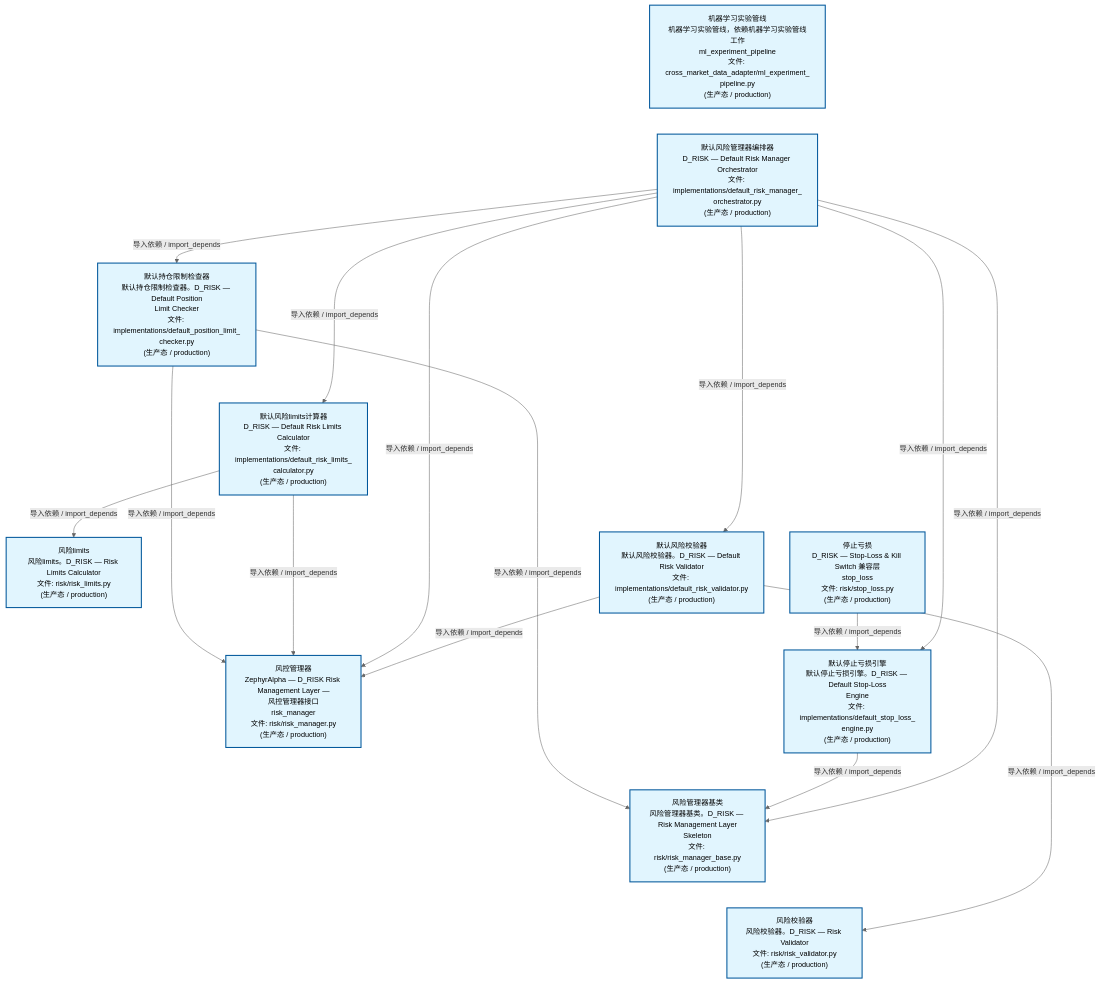
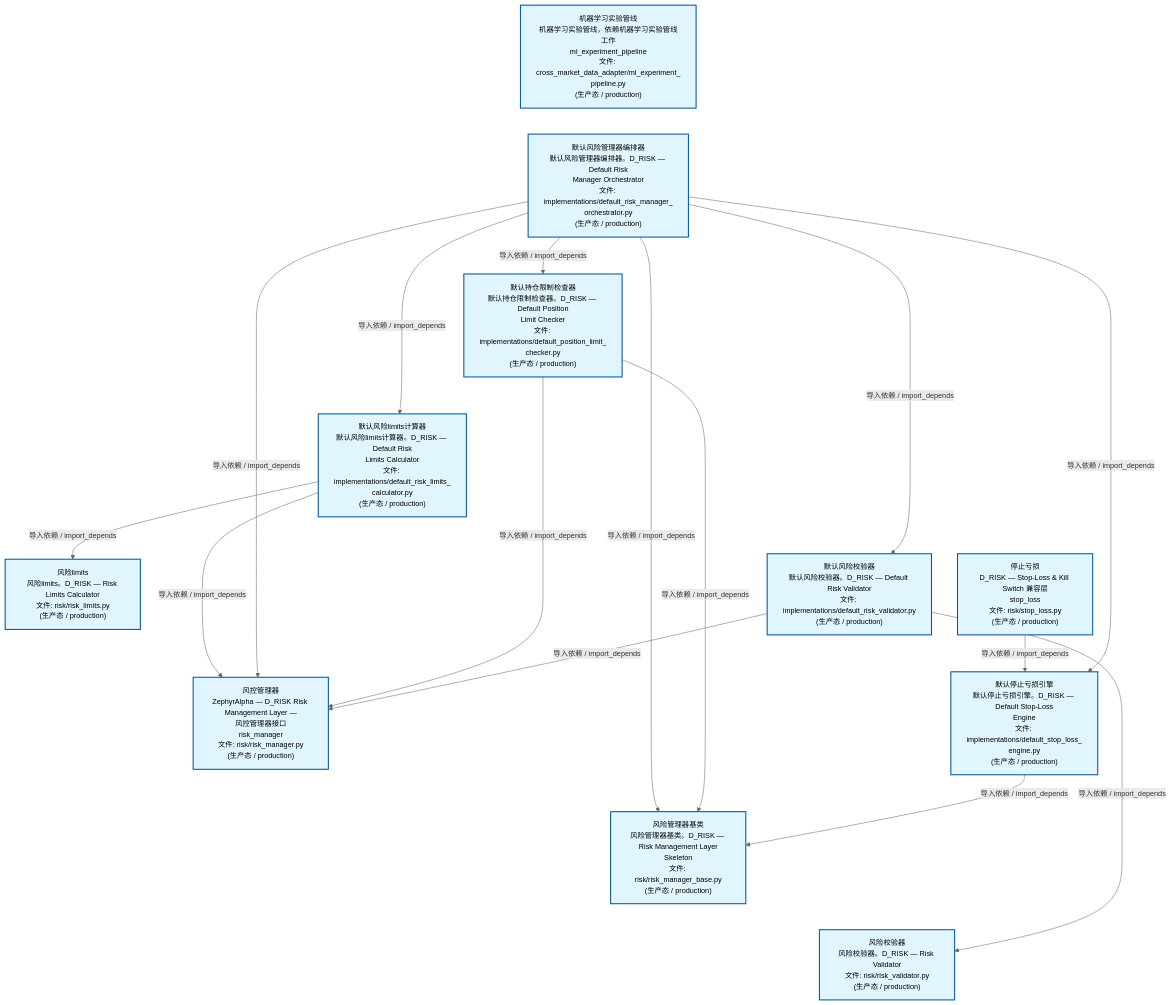
Before and after one commit to xuanFelixVan/ZephyrAlpha: the second of 4 diagrams in docs/02_enterprise_architecture/02_domain_architecture_docs/65_d_risk.md, drawn with Mermaid. The commit also changed other lines of this file and 58 other files, not shown here.

````diff
--- a/docs/02_enterprise_architecture/02_domain_architecture_docs/65_d_risk.md
+++ b/docs/02_enterprise_architecture/02_domain_architecture_docs/65_d_risk.md
@@ -136,42 +136,42 @@
 ```mermaid
 %%{init: {'theme': 'base', 'themeVariables': {'primaryColor': '#eaeaea', 'primaryTextColor': '#333333', 'primaryBorderColor': '#666666', 'lineColor': '#666666', 'secondaryColor': '#eaeaea', 'tertiaryColor': '#eaeaea', 'fontSize': '14px'}}}%%
 flowchart TD
     src_zephyr_risk_cross_asset_cross_market_data_adapter_ml_experiment_pipeline_py["机器学习实验管线<br/>机器学习实验管线，依赖机器学习实验管线工作<br/>ml_experiment_pipeline<br/>文件: cross_market_data_adapter/ml_experiment_<br/>pipeline.py<br/>(生产态 / production)"]
-    src_zephyr_risk_implementations_default_risk_manager_orchestrator_py["默认风险管理器编排器<br/>D_RISK — Default Risk Manager Orchestrator<br/>文件: implementations/default_risk_manager_<br/>orchestrator.py<br/>(生产态 / production)"]
+    src_zephyr_risk_implementations_default_risk_manager_orchestrator_py["默认风险管理器编排器<br/>默认风险管理器编排器。D_RISK — Default Risk<br/>Manager Orchestrator<br/>文件: implementations/default_risk_manager_<br/>orchestrator.py<br/>(生产态 / production)"]
     src_zephyr_risk_stop_loss_py["停止亏损<br/>D_RISK — Stop-Loss & Kill Switch 兼容层<br/>stop_loss<br/>文件: risk/stop_loss.py<br/>(生产态 / production)"]
     src_zephyr_risk_cross_asset_cross_market_data_adapter_ml_experiment_pipeline_py ~~~ src_zephyr_risk_implementations_default_risk_manager_orchestrator_py
     src_zephyr_risk_implementations_default_risk_manager_orchestrator_py ~~~ src_zephyr_risk_stop_loss_py
     src_zephyr_risk_implementations_default_position_limit_checker_py["默认持仓限制检查器<br/>默认持仓限制检查器。D_RISK — Default Position<br/>Limit Checker<br/>文件: implementations/default_position_limit_<br/>checker.py<br/>(生产态 / production)"]
-    src_zephyr_risk_implementations_default_risk_limits_calculator_py["默认风险limits计算器<br/>D_RISK — Default Risk Limits Calculator<br/>文件: implementations/default_risk_limits_<br/>calculator.py<br/>(生产态 / production)"]
+    src_zephyr_risk_implementations_default_risk_limits_calculator_py["默认风险limits计算器<br/>默认风险limits计算器。D_RISK — Default Risk<br/>Limits Calculator<br/>文件: implementations/default_risk_limits_<br/>calculator.py<br/>(生产态 / production)"]
     src_zephyr_risk_implementations_default_risk_validator_py["默认风险校验器<br/>默认风险校验器。D_RISK — Default Risk Validator<br/>文件: implementations/default_risk_validator.py<br/>(生产态 / production)"]
     src_zephyr_risk_implementations_default_stop_loss_engine_py["默认停止亏损引擎<br/>默认停止亏损引擎。D_RISK — Default Stop-Loss<br/>Engine<br/>文件: implementations/default_stop_loss_<br/>engine.py<br/>(生产态 / production)"]
     src_zephyr_risk_implementations_default_position_limit_checker_py ~~~ src_zephyr_risk_implementations_default_risk_limits_calculator_py
     src_zephyr_risk_implementations_default_risk_limits_calculator_py ~~~ src_zephyr_risk_implementations_default_risk_validator_py
     src_zephyr_risk_implementations_default_risk_validator_py ~~~ src_zephyr_risk_implementations_default_stop_loss_engine_py
     src_zephyr_risk_risk_limits_py["风险limits<br/>风险limits。D_RISK — Risk Limits Calculator<br/>文件: risk/risk_limits.py<br/>(生产态 / production)"]
     src_zephyr_risk_risk_manager_py["风控管理器<br/>ZephyrAlpha — D_RISK Risk Management Layer —<br/>风控管理器接口<br/>risk_manager<br/>文件: risk/risk_manager.py<br/>(生产态 / production)"]
     src_zephyr_risk_risk_manager_base_py["风险管理器基类<br/>风险管理器基类。D_RISK — Risk Management Layer<br/>Skeleton<br/>文件: risk/risk_manager_base.py<br/>(生产态 / production)"]
     src_zephyr_risk_risk_validator_py["风险校验器<br/>风险校验器。D_RISK — Risk Validator<br/>文件: risk/risk_validator.py<br/>(生产态 / production)"]
     src_zephyr_risk_risk_limits_py ~~~ src_zephyr_risk_risk_manager_py
     src_zephyr_risk_risk_manager_py ~~~ src_zephyr_risk_risk_manager_base_py
     src_zephyr_risk_risk_manager_base_py ~~~ src_zephyr_risk_risk_validator_py
-    src_zephyr_risk_stop_loss_py -->|导入依赖 / import_depends| src_zephyr_risk_implementations_default_stop_loss_engine_py
-    src_zephyr_risk_implementations_default_position_limit_checker_py -->|导入依赖 / import_depends| src_zephyr_risk_risk_manager_py
-    src_zephyr_risk_implementations_default_position_limit_checker_py -->|导入依赖 / import_depends| src_zephyr_risk_risk_manager_base_py
     src_zephyr_risk_implementations_default_risk_limits_calculator_py -->|导入依赖 / import_depends| src_zephyr_risk_risk_manager_py
     src_zephyr_risk_implementations_default_risk_limits_calculator_py -->|导入依赖 / import_depends| src_zephyr_risk_risk_limits_py
-    src_zephyr_risk_implementations_default_stop_loss_engine_py -->|导入依赖 / import_depends| src_zephyr_risk_risk_manager_base_py
+    src_zephyr_risk_stop_loss_py -->|导入依赖 / import_depends| src_zephyr_risk_implementations_default_stop_loss_engine_py
+    src_zephyr_risk_implementations_default_risk_manager_orchestrator_py -->|导入依赖 / import_depends| src_zephyr_risk_risk_manager_base_py
     src_zephyr_risk_implementations_default_risk_manager_orchestrator_py -->|导入依赖 / import_depends| src_zephyr_risk_risk_manager_py
-    src_zephyr_risk_implementations_default_risk_manager_orchestrator_py -->|导入依赖 / import_depends| src_zephyr_risk_risk_manager_base_py
+    src_zephyr_risk_implementations_default_risk_manager_orchestrator_py -->|导入依赖 / import_depends| src_zephyr_risk_implementations_default_risk_limits_calculator_py
     src_zephyr_risk_implementations_default_risk_manager_orchestrator_py -->|导入依赖 / import_depends| src_zephyr_risk_implementations_default_position_limit_checker_py
-    src_zephyr_risk_implementations_default_risk_manager_orchestrator_py -->|导入依赖 / import_depends| src_zephyr_risk_implementations_default_risk_limits_calculator_py
     src_zephyr_risk_implementations_default_risk_manager_orchestrator_py -->|导入依赖 / import_depends| src_zephyr_risk_implementations_default_stop_loss_engine_py
     src_zephyr_risk_implementations_default_risk_manager_orchestrator_py -->|导入依赖 / import_depends| src_zephyr_risk_implementations_default_risk_validator_py
+    src_zephyr_risk_implementations_default_position_limit_checker_py -->|导入依赖 / import_depends| src_zephyr_risk_risk_manager_base_py
+    src_zephyr_risk_implementations_default_position_limit_checker_py -->|导入依赖 / import_depends| src_zephyr_risk_risk_manager_py
+    src_zephyr_risk_implementations_default_stop_loss_engine_py -->|导入依赖 / import_depends| src_zephyr_risk_risk_manager_base_py
     src_zephyr_risk_implementations_default_risk_validator_py -->|导入依赖 / import_depends| src_zephyr_risk_risk_manager_py
     src_zephyr_risk_implementations_default_risk_validator_py -->|导入依赖 / import_depends| src_zephyr_risk_risk_validator_py
     classDef production fill:#e1f5fe,stroke:#01579b,stroke-width:2px,color:#000
     classDef design fill:#fff3e0,stroke:#e65100,stroke-width:2px,color:#000,stroke-dasharray: 5 5
     classDef external_prod fill:#e8f4fd,stroke:#0277bd,stroke-width:1px,color:#000
     classDef external_design fill:#fff8e7,stroke:#ef6c00,stroke-width:1px,color:#000,stroke-dasharray: 5 5
     class src_zephyr_risk_cross_asset_cross_market_data_adapter_ml_experiment_pipeline_py,src_zephyr_risk_implementations_default_position_limit_checker_py,src_zephyr_risk_implementations_default_risk_limits_calculator_py,src_zephyr_risk_implementations_default_risk_manager_orchestrator_py,src_zephyr_risk_implementations_default_risk_validator_py,src_zephyr_risk_implementations_default_stop_loss_engine_py,src_zephyr_risk_risk_limits_py,src_zephyr_risk_risk_manager_py,src_zephyr_risk_risk_manager_base_py,src_zephyr_risk_risk_validator_py,src_zephyr_risk_stop_loss_py production
 ```
````
